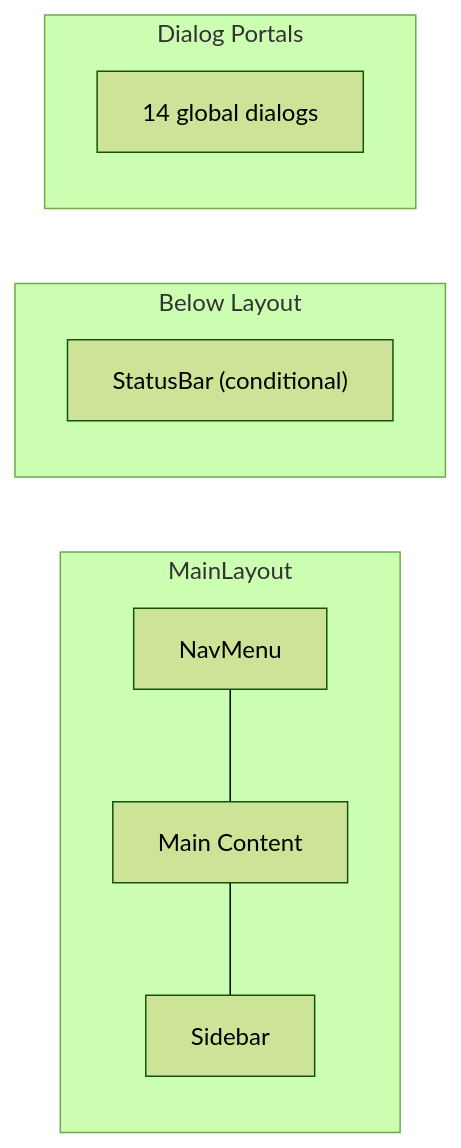
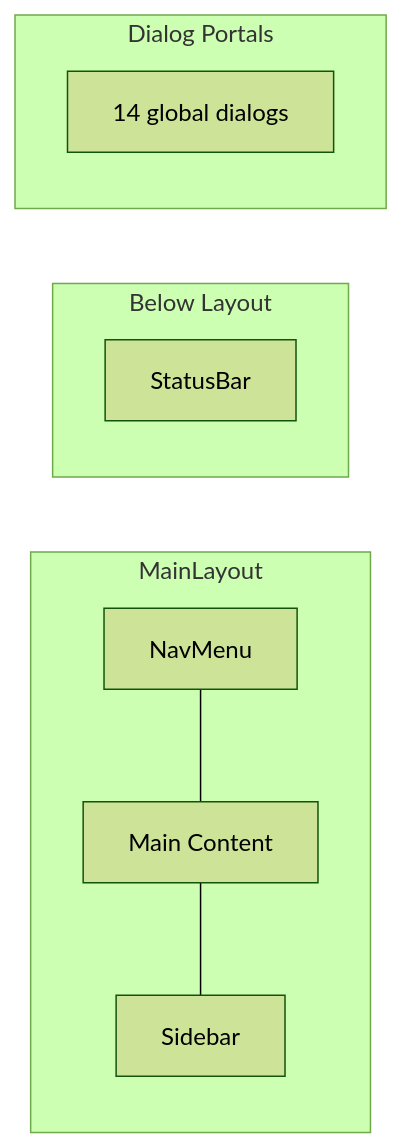
One commit to Map1en/vrcx-docs changed the second of 2 diagrams in en/architecture/overview.md. Above: the diagram before and after it, drawn with Mermaid (forest theme). The commit also changed 6 other files, not shown here.

````diff
--- a/en/architecture/overview.md
+++ b/en/architecture/overview.md
@@ -132,18 +132,18 @@
 ```mermaid
 graph LR
     subgraph MainLayout
         Nav["NavMenu"]
         Main["Main Content"]
         Side["Sidebar"]
     end
 
     Nav --- Main --- Side
 
     subgraph BelowLayout["Below Layout"]
-        StatusBar["StatusBar (conditional)"]
+        StatusBar["StatusBar"]
     end
 
     subgraph Portals["Dialog Portals"]
         Dialogs["14 global dialogs"]
     end
 ```
````
